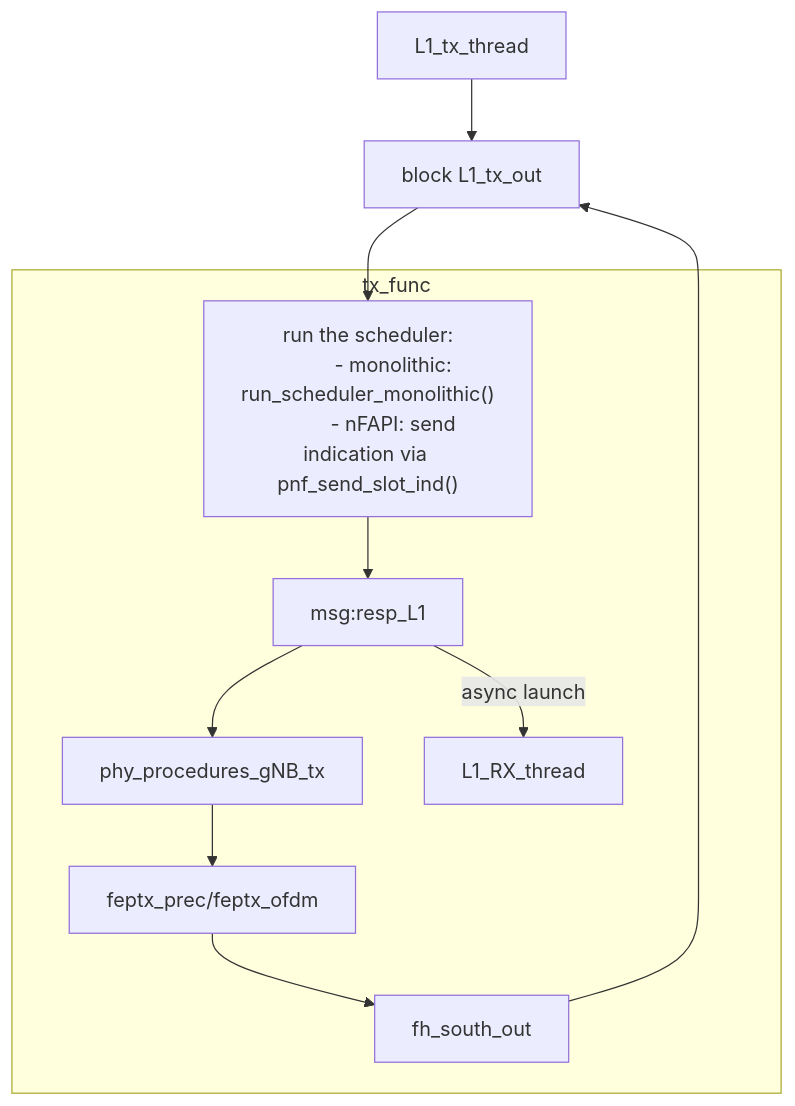
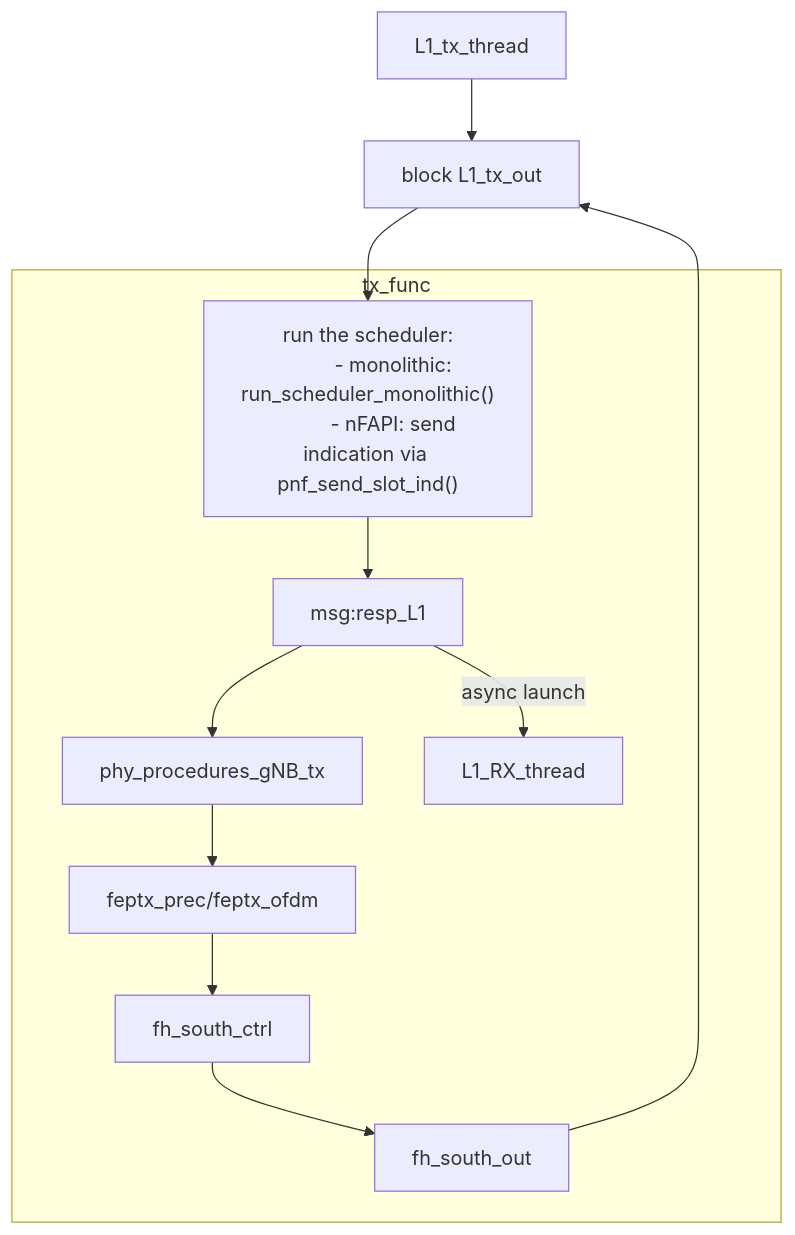
One commit to OPENAIRINTERFACE/openairinterface5g changed the second of 3 diagrams in doc/SW-archi-graph.md. Above: the diagram before and after it, drawn with Mermaid. The commit also changed 6 other files, not shown here.

First line of the commit message:
Introduce `fh_south_ctrl` in RU_t as beam API

````diff
--- a/doc/SW-archi-graph.md
+++ b/doc/SW-archi-graph.md
@@ -29,14 +29,14 @@
 ```mermaid
 flowchart TB
     L1_tx_thread --> TX_in[block L1_tx_out] --> NR_slot_indication
 
     subgraph tx_func
 
-        NR_slot_indication --> msg:resp_L1 --> phy_procedures_gNB_tx --> feptx_prec/feptx_ofdm --> fh_south_out
+        NR_slot_indication --> msg:resp_L1 --> phy_procedures_gNB_tx --> feptx_prec/feptx_ofdm --> fh_south_ctrl --> fh_south_out
         NR_slot_indication["run the scheduler:
           - monolithic: run_scheduler_monolithic()
           - nFAPI: send indication via pnf_send_slot_ind()"]
         msg:resp_L1 -- async launch --> L1_RX_thread
     end
     fh_south_out --> TX_in
 ```
````
